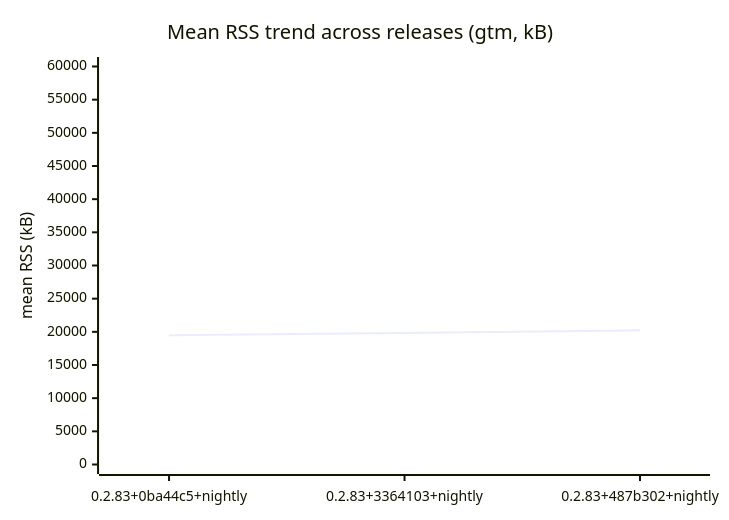
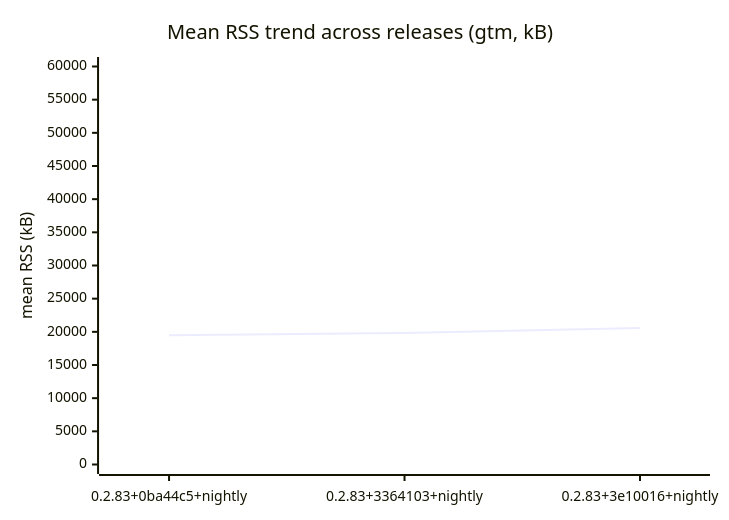
Before and after one commit to prjctimg/gtm.rs: the second of 3 diagrams in BENCHMARK.md, drawn with Mermaid. The commit also changed other lines of this file and 1 other file, not shown here.

Commit message:
bench: results for 0.2.83+3e10016+nightly [skip nightly]

````diff
--- a/BENCHMARK.md
+++ b/BENCHMARK.md
@@ -37,7 +37,7 @@
 ```mermaid
 xychart-beta
   title "Mean RSS trend across releases (gtm, kB)"
-  x-axis [0.2.83+0ba44c5+nightly, 0.2.83+3364103+nightly, 0.2.83+487b302+nightly]
+  x-axis [0.2.83+0ba44c5+nightly, 0.2.83+3364103+nightly, 0.2.83+3e10016+nightly]
   y-axis "mean RSS (kB)" 0 --> 60000
-  line [19469,19817,20233]
+  line [19469,19817,20593]
 ```
````
